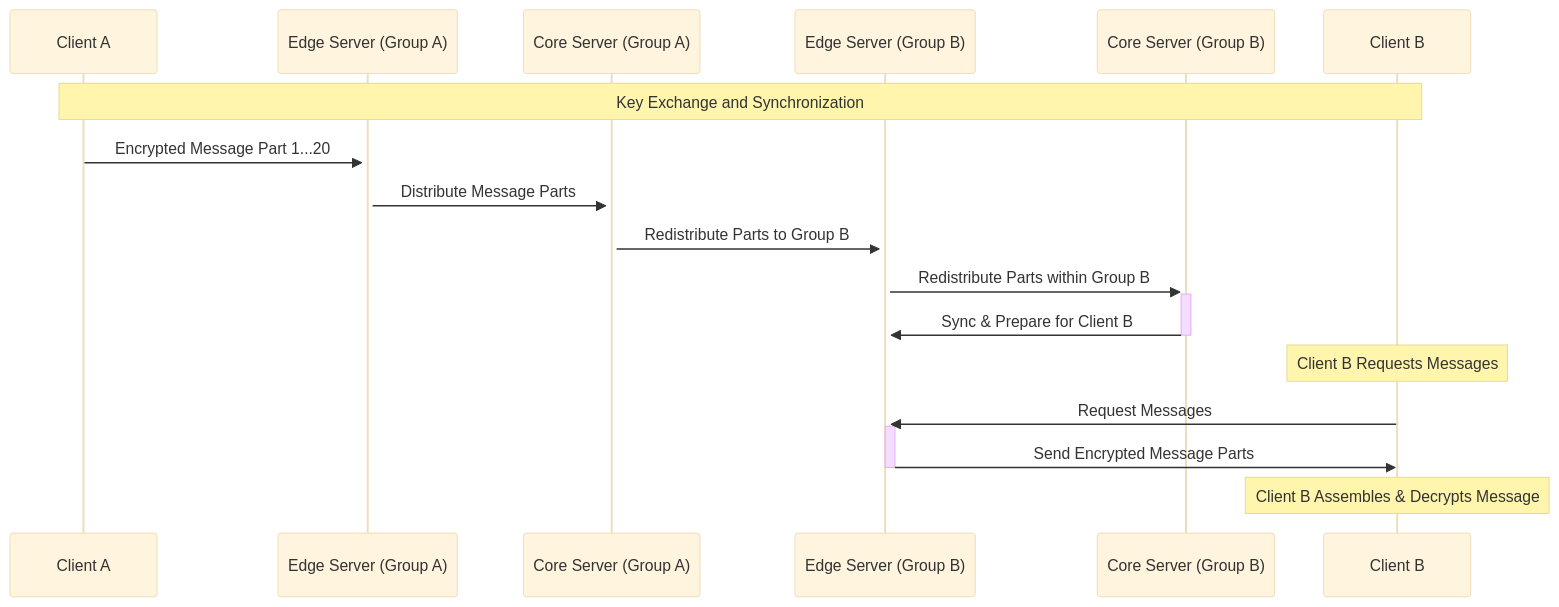
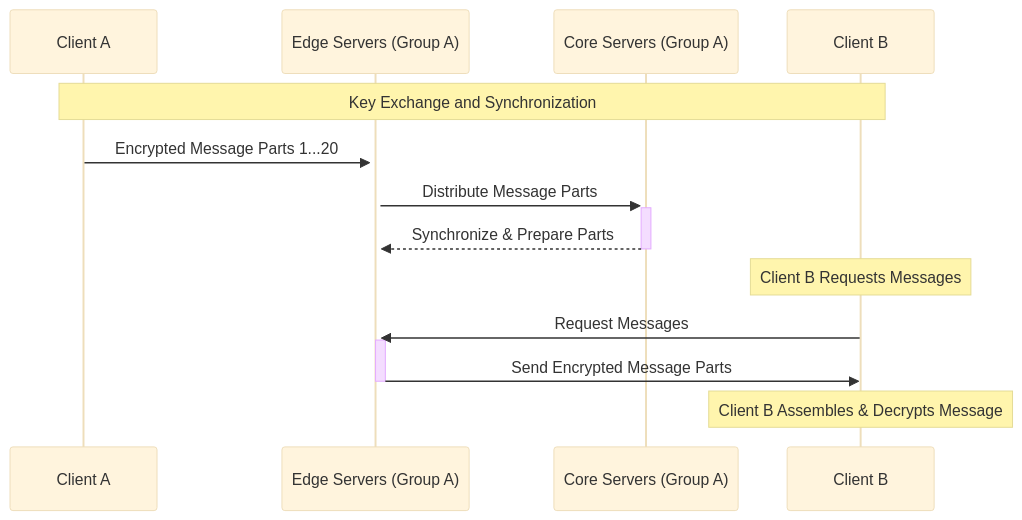
The first of 2 diagrams in README.md (andersalavik/enc-chat), drawn with Mermaid (base theme) before and after one commit.

````diff
--- a/README.md
+++ b/README.md
@@ -53,27 +53,23 @@
 ```mermaid
 
 sequenceDiagram
     participant ClientA as Client A
-    participant EdgeServerA as Edge Server (Group A)
-    participant CoreServerA as Core Server (Group A)
-    participant EdgeServerB as Edge Server (Group B)
-    participant CoreServerB as Core Server (Group B)
+    participant EdgeServersA as Edge Servers (Group A)
+    participant CoreServersA as Core Servers (Group A)
     participant ClientB as Client B
-    
+
     Note over ClientA,ClientB: Key Exchange and Synchronization
-    
-    ClientA->>+EdgeServerA: Encrypted Message Part 1...20
-    EdgeServerA->>+CoreServerA: Distribute Message Parts
-    CoreServerA->>+EdgeServerB: Redistribute Parts to Group B
-    EdgeServerB->>+CoreServerB: Redistribute Parts within Group B
-    CoreServerB->>-EdgeServerB: Sync & Prepare for Client B
-    
+
+    ClientA->>+EdgeServersA: Encrypted Message Parts 1...20
+    EdgeServersA->>+CoreServersA: Distribute Message Parts
+    CoreServersA-->>-EdgeServersA: Synchronize & Prepare Parts
+
     Note over ClientB: Client B Requests Messages
-    
-    ClientB->>+EdgeServerB: Request Messages
-    EdgeServerB->>-ClientB: Send Encrypted Message Parts
-    
+
+    ClientB->>+EdgeServersA: Request Messages
+    EdgeServersA->>-ClientB: Send Encrypted Message Parts
+
     Note over ClientB: Client B Assembles & Decrypts Message
 
 
 ```
````
